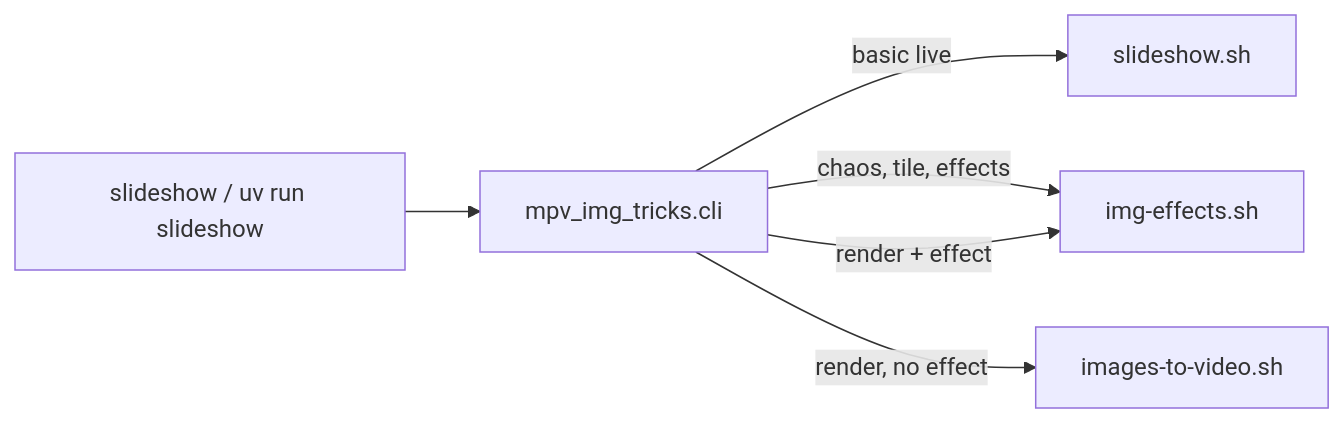
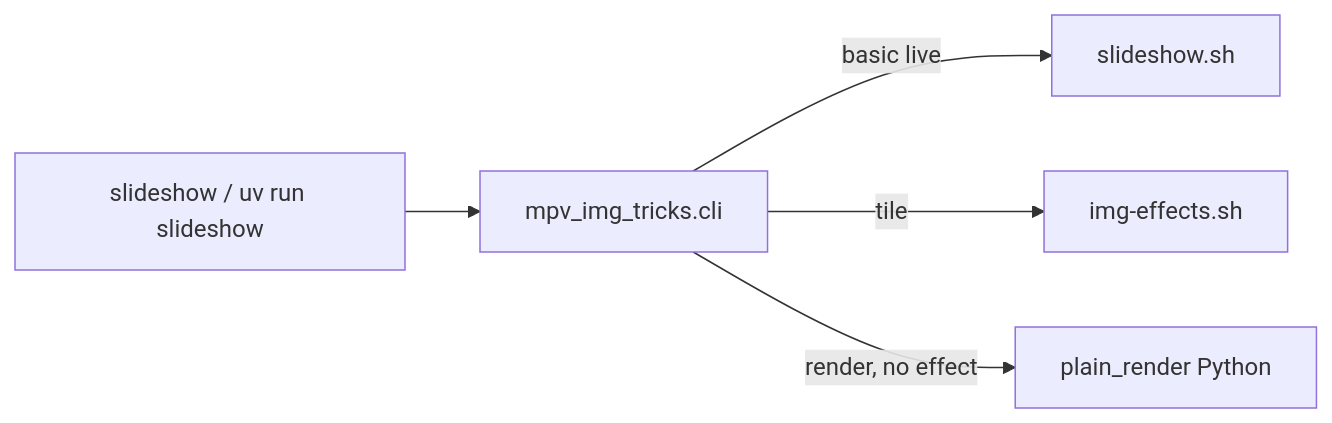
Before and after one commit to funkatron/mpv-img-tricks: the diagram in docs/discovery.md, drawn with Mermaid. The commit also changed other lines of this file and 25 other files, not shown here.

First line of the commit message:
feat: tile-only effects, plain render in Python, prune preset ffmpeg paths

````diff
--- a/docs/discovery.md
+++ b/docs/discovery.md
@@ -171,13 +171,12 @@
 ```mermaid
 flowchart LR
   A["slideshow / uv run slideshow"]
   B["mpv_img_tricks.cli"]
   C["slideshow.sh"]
   D["img-effects.sh"]
-  E["images-to-video.sh"]
+  P["plain_render Python"]
   A --> B
   B -->|"basic live"| C
-  B -->|"chaos, tile, effects"| D
-  B -->|"render, no effect"| E
-  B -->|"render + effect"| D
+  B -->|"tile"| D
+  B -->|"render, no effect"| P
 ```
````
